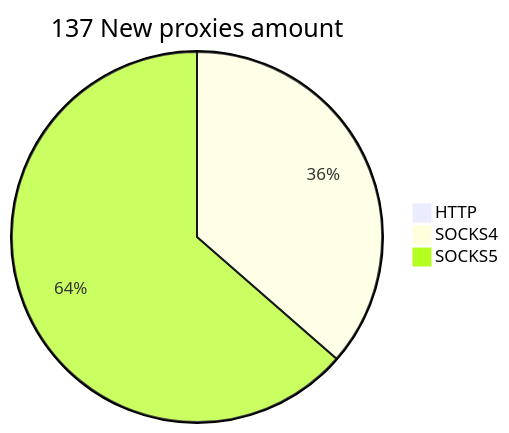
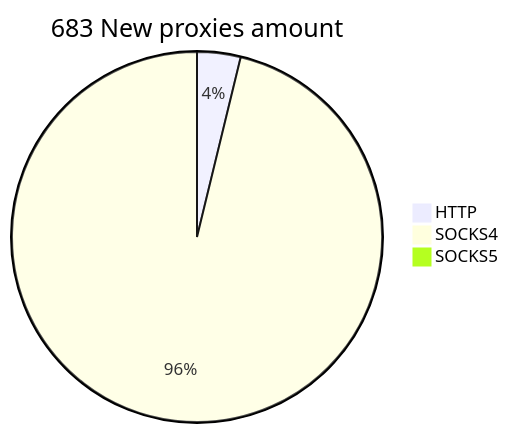
The second of 2 diagrams in README.md (cutipu/proxylist), drawn with Mermaid before and after one commit. The commit also changed other lines of this file, not shown here.

````diff
--- a/README.md
+++ b/README.md
@@ -10,6 +10,6 @@
 ```mermaid
-pie title 137 New proxies amount
-    "HTTP" : 0
-    "SOCKS4" : 59
-    "SOCKS5" : 103
+pie title 683 New proxies amount
+    "HTTP" : 26
+    "SOCKS4" : 659
+    "SOCKS5" : 0
 ```
````
